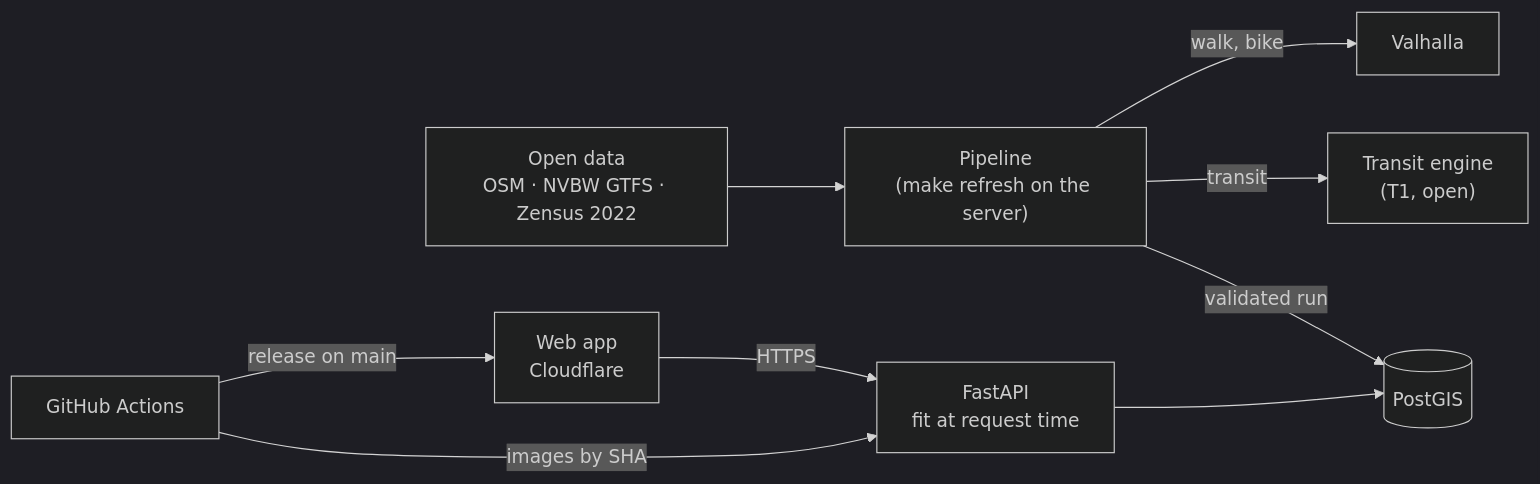
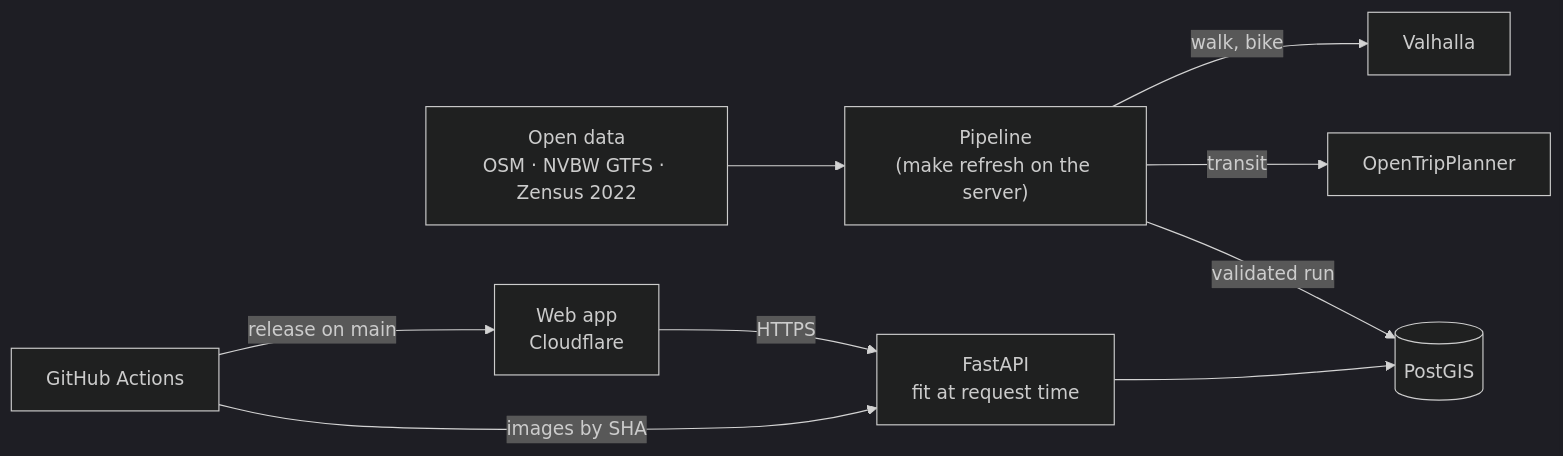
Before and after one commit to IsochroneLabs/reach: the diagram in README.md, drawn with Mermaid (dark theme). The commit also changed other lines of this file and 7 other files, not shown here.

First line of the commit message:
docs(architecture): record the T1 decision as O17 (OpenTripPlanner)

````diff
--- a/README.md
+++ b/README.md
@@ -41,11 +41,11 @@
 ```mermaid
 flowchart LR
     SRC["Open data<br/>OSM · NVBW GTFS · Zensus 2022"] --> PIPE["Pipeline<br/>(make refresh on the server)"]
     PIPE -->|walk, bike| VAL["Valhalla"]
-    PIPE -->|transit| TE["Transit engine<br/>(T1, open)"]
+    PIPE -->|transit| TE["OpenTripPlanner"]
     PIPE -->|validated run| DB[("PostGIS")]
     API["FastAPI<br/>fit at request time"] --> DB
     WEB["Web app<br/>Cloudflare"] -->|HTTPS| API
     GH["GitHub Actions"] -->|release on main| WEB
     GH -->|images by SHA| API
 ```
````
